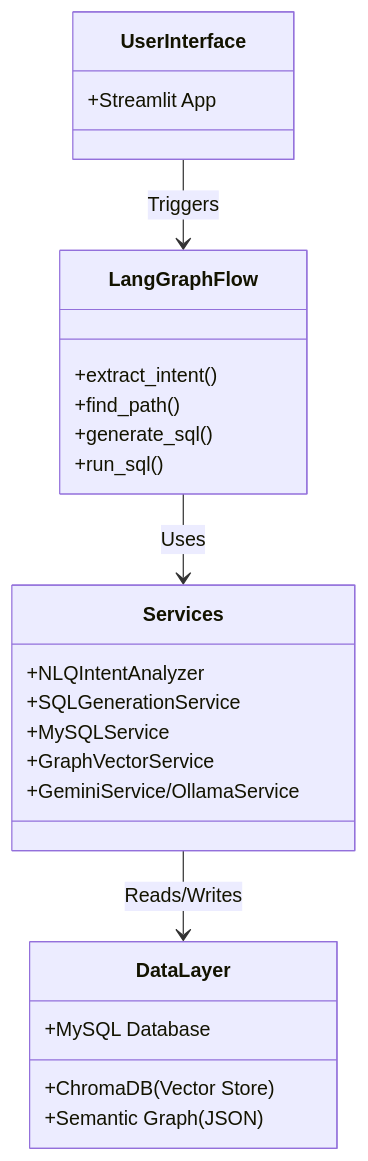
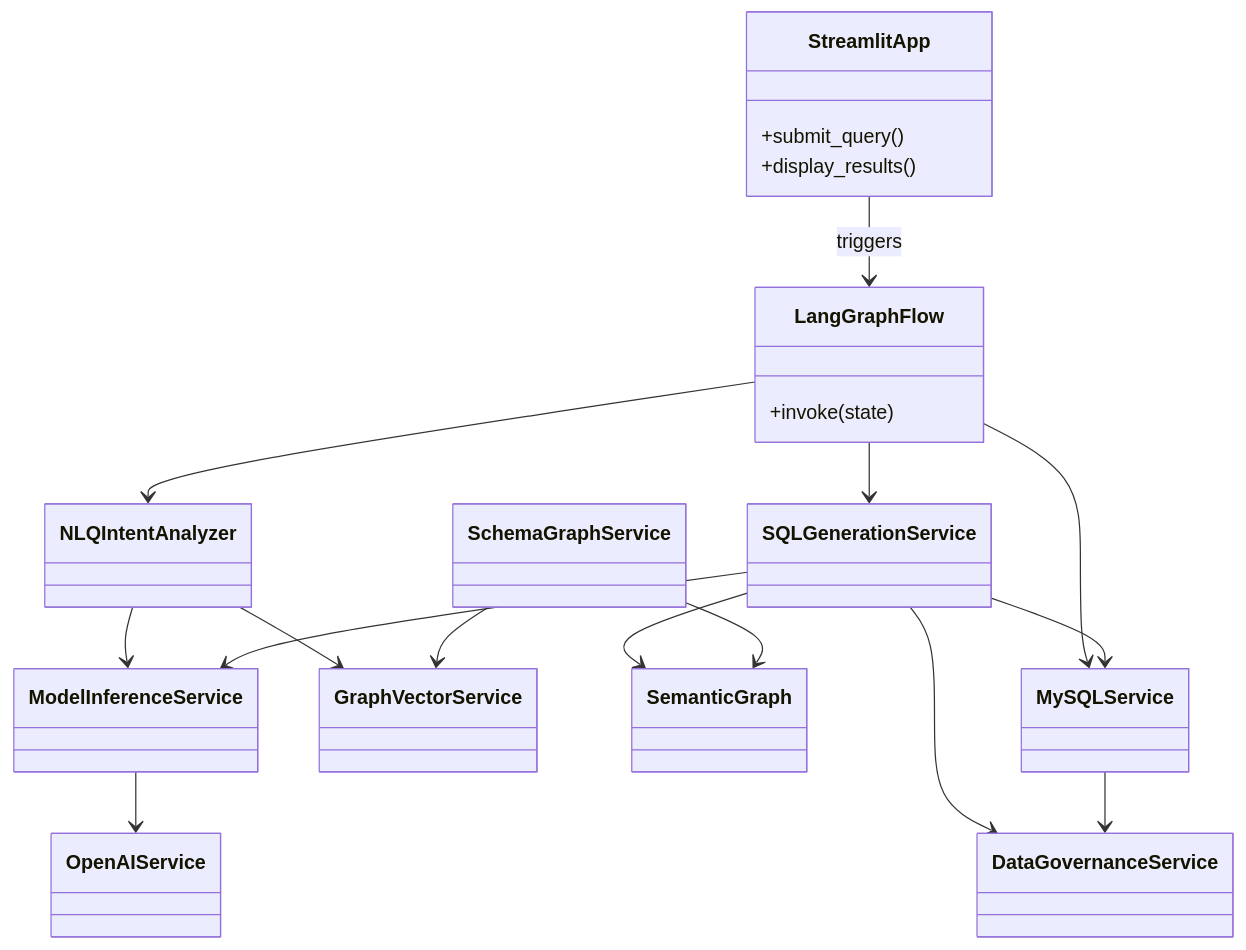
Before and after one commit to Project-7283/project-nlq0: the second of 4 diagrams in docs/architecture.md, drawn with Mermaid. The commit also changed other lines of this file, not shown here.

````diff
--- a/docs/architecture.md
+++ b/docs/architecture.md
@@ -63,28 +67,34 @@
 ```mermaid
 classDiagram
-    class UserInterface {
-        +Streamlit App
+    class StreamlitApp {
+        +submit_query()
+        +display_results()
     }
     class LangGraphFlow {
-        +extract_intent()
-        +find_path()
-        +generate_sql()
-        +run_sql()
+        +invoke(state)
     }
-    class Services {
-        +NLQIntentAnalyzer
-        +SQLGenerationService
-        +MySQLService
-        +GraphVectorService
-        +GeminiService/OllamaService
-    }
-    class DataLayer {
-        +MySQL Database
-        +ChromaDB (Vector Store)
-        +Semantic Graph (JSON)
-    }
+    class NLQIntentAnalyzer
+    class SQLGenerationService
+    class MySQLService
+    class GraphVectorService
+    class DataGovernanceService
+    class SemanticGraph
+    class ModelInferenceService
+    class OpenAIService
+    class SchemaGraphService
 
-    UserInterface --> LangGraphFlow : Triggers
-    LangGraphFlow --> Services : Uses
-    Services --> DataLayer : Reads/Writes
+    StreamlitApp --> LangGraphFlow : triggers
+    LangGraphFlow --> NLQIntentAnalyzer
+    LangGraphFlow --> SQLGenerationService
+    LangGraphFlow --> MySQLService
+    NLQIntentAnalyzer --> GraphVectorService
+    NLQIntentAnalyzer --> ModelInferenceService
+    ModelInferenceService --> OpenAIService
+    SQLGenerationService --> ModelInferenceService
+    SQLGenerationService --> DataGovernanceService
+    SQLGenerationService --> MySQLService
+    SQLGenerationService --> SemanticGraph
+    MySQLService --> DataGovernanceService
+    SchemaGraphService --> SemanticGraph
+    SchemaGraphService --> GraphVectorService
 ```
````
